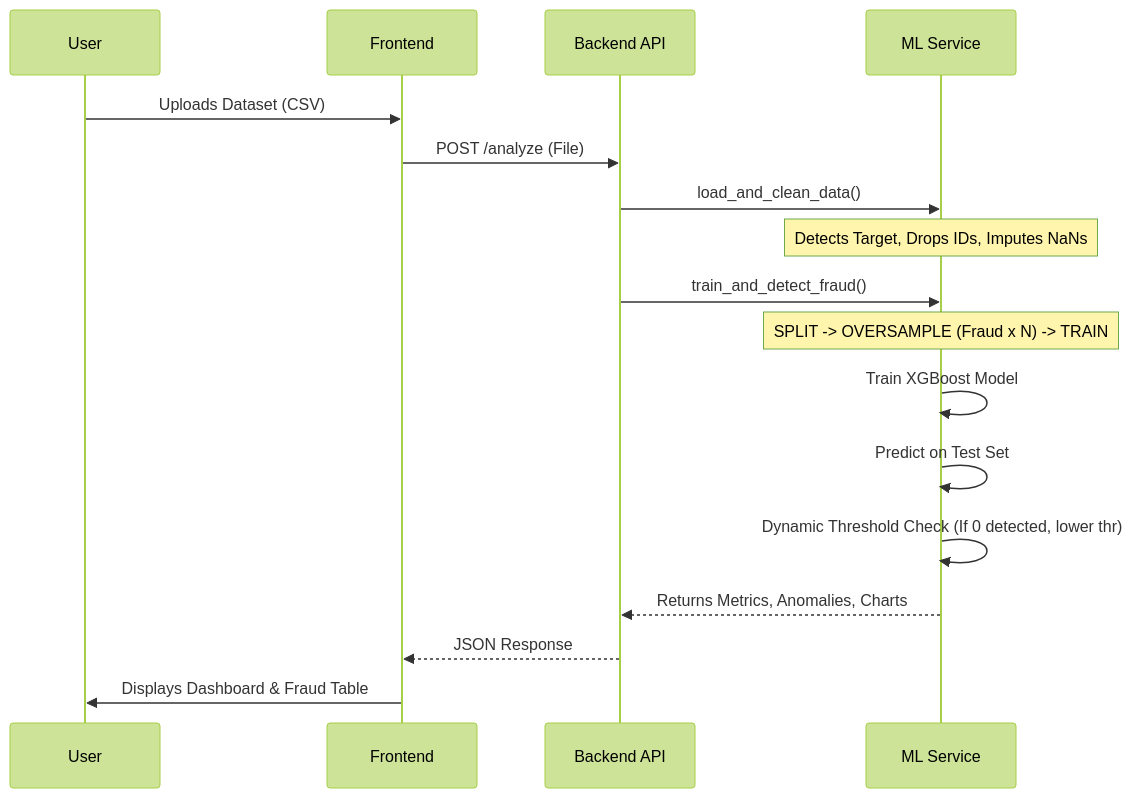
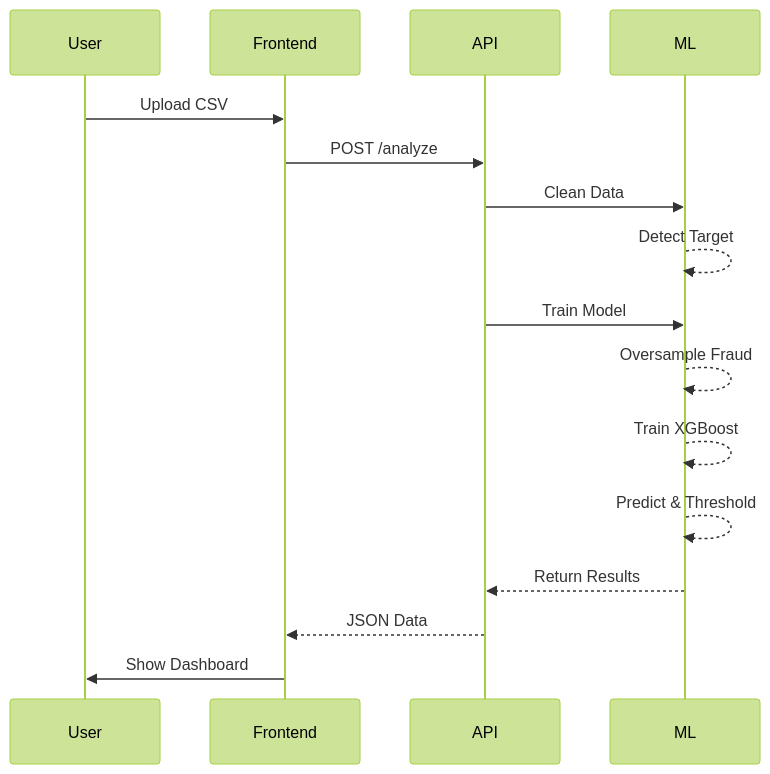
The second of 2 diagrams in README.md (Abdullasaqib/CREDIT-CARD-FRAUD-DETECTION-USING-STATE-OF-THE-ART-MACHINE-LEARNING), drawn with Mermaid (forest theme) before and after one commit. The commit also changed other lines of this file, not shown here.

Commit message:
Fix Mermaid Syntax Deep Clean

````diff
--- a/README.md
+++ b/README.md
@@ -64,26 +63,24 @@
 ```mermaid
 sequenceDiagram
     participant User
-    participant UI as Frontend
-    participant API as Backend API
-    participant ML as ML Service
+    participant Frontend
+    participant API
+    participant ML
     
-    User->>UI: Uploads Dataset (CSV)
-    UI->>API: POST /analyze (File)
+    User->>Frontend: Upload CSV
+    Frontend->>API: POST /analyze
     
-    API->>ML: load_and_clean_data()
-    Note over ML: Detects Target, Drops IDs, Imputes NaNs
+    API->>ML: Clean Data
+    ML-->>ML: Detect Target
     
-    API->>ML: train_and_detect_fraud()
+    API->>ML: Train Model
+    ML-->>ML: Oversample Fraud
+    ML-->>ML: Train XGBoost
     
-    Note over ML: SPLIT -> OVERSAMPLE (Fraud x N) -> TRAIN
-    ML->>ML: Train XGBoost Model
+    ML-->>ML: Predict & Threshold
     
-    ML->>ML: Predict on Test Set
-    ML->>ML: Dynamic Threshold Check (If 0 detected, lower thr)
+    ML-->>API: Return Results
+    API-->>Frontend: JSON Data
     
-    ML-->>API: Returns Metrics, Anomalies, Charts
-    API-->>UI: JSON Response
-    
-    UI->>User: Displays Dashboard & Fraud Table
+    Frontend->>User: Show Dashboard
 ```
````
